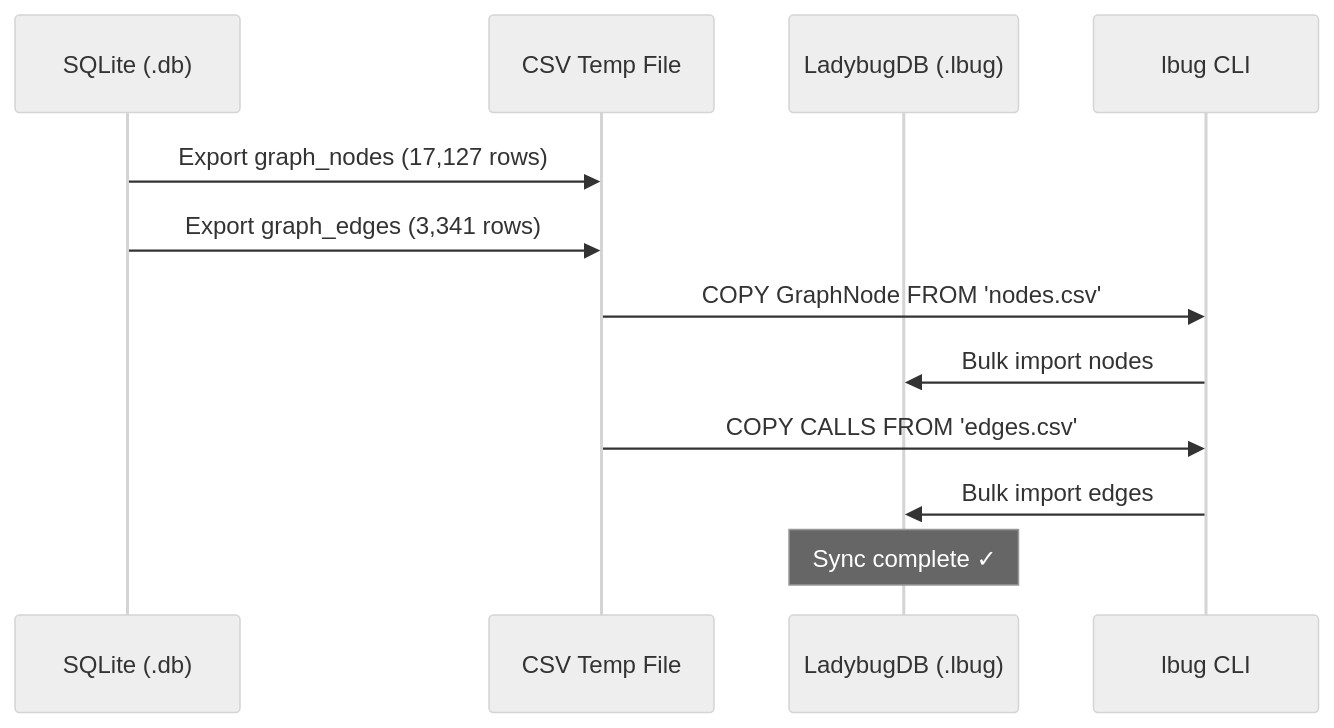
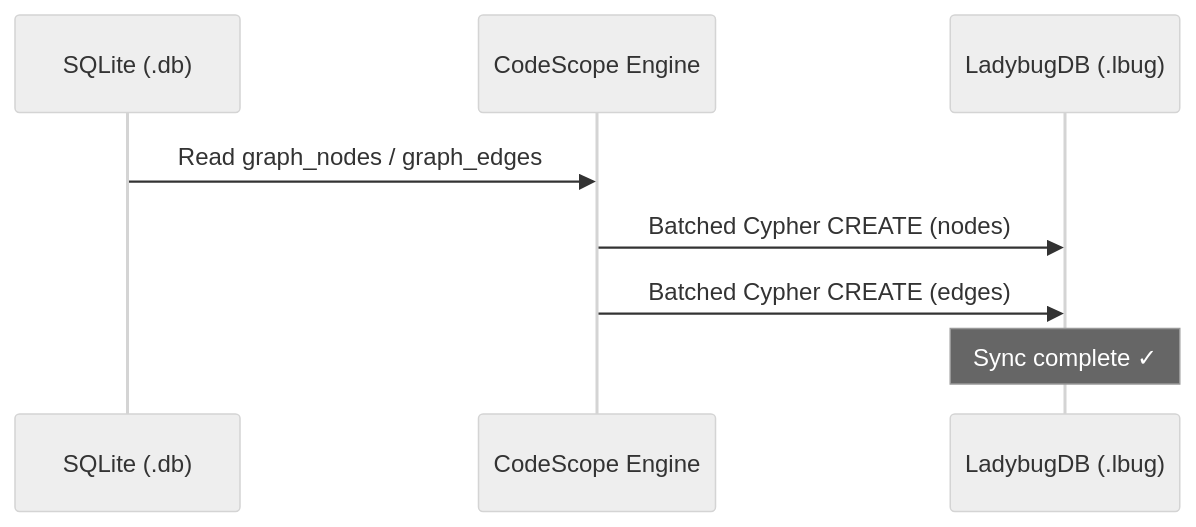
Before and after one commit to Timwood0x10/CodeScope: the first of 4 diagrams in docs/en/ladybugdb_explorer.md, drawn with Mermaid (neutral theme). The commit also changed other lines of this file and 5 other files, not shown here.

Commit message:
refactor(store): replace COPY FROM with batched Cypher CREATE for LadybugDB sync

````diff
--- a/docs/en/ladybugdb_explorer.md
+++ b/docs/en/ladybugdb_explorer.md
@@ -34,15 +36,11 @@
 ```mermaid
 sequenceDiagram
     participant SQL as SQLite (.db)
-    participant CSV as CSV Temp File
+    participant ENG as CodeScope Engine
     participant LBUG as LadybugDB (.lbug)
-    participant CLI as lbug CLI
 
-    SQL->>CSV: Export graph_nodes (17,127 rows)
-    SQL->>CSV: Export graph_edges (3,341 rows)
-    CSV->>CLI: COPY GraphNode FROM 'nodes.csv'
-    CLI->>LBUG: Bulk import nodes
-    CSV->>CLI: COPY CALLS FROM 'edges.csv'
-    CLI->>LBUG: Bulk import edges
+    SQL->>ENG: Read graph_nodes / graph_edges
+    ENG->>LBUG: Batched Cypher CREATE (nodes)
+    ENG->>LBUG: Batched Cypher CREATE (edges)
     Note over LBUG: Sync complete ✓
 ```
````
